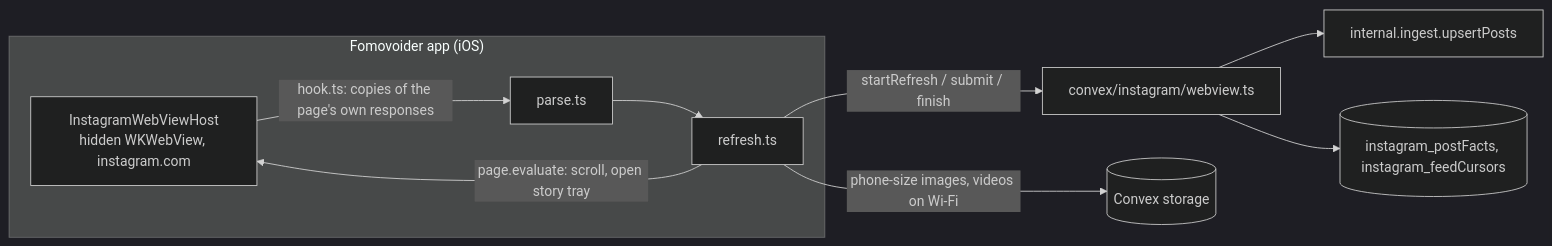
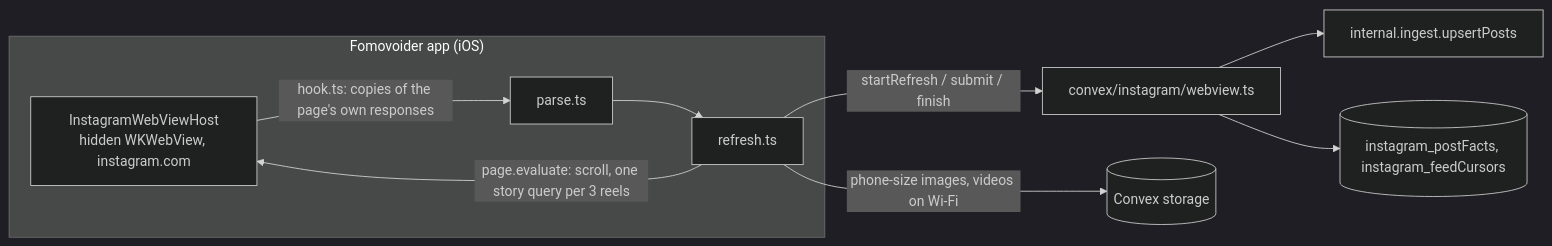
One commit to almond-yc/fomovoider changed the diagram in src/instagram/README.md. Above: the diagram before and after it, drawn with Mermaid (dark theme). The commit also changed other lines of this file and 11 other files, not shown here.

Commit message:
Follow the spike verdict: stories by page query, home tray, stop by time, view behind the app; address review

````diff
--- a/src/instagram/README.md
+++ b/src/instagram/README.md
@@ -5,12 +5,12 @@
 ```mermaid
 flowchart LR
   subgraph Phone["Fomovoider app (iOS)"]
     H["InstagramWebViewHost<br/>hidden WKWebView, instagram.com"] -- "hook.ts: copies of the page's own responses" --> P["parse.ts"]
     P --> R["refresh.ts"]
-    R -- "page.evaluate: scroll, open story tray" --> H
+    R -- "page.evaluate: scroll, one story query per 3 reels" --> H
   end
   R -- "startRefresh / submit / finish" --> W["convex/instagram/webview.ts"]
   R -- "phone-size images, videos on Wi-Fi" --> S[("Convex storage")]
   W --> I["internal.ingest.upsertPosts"]
   W --> F[("instagram_postFacts, instagram_feedCursors")]
 ```
````
